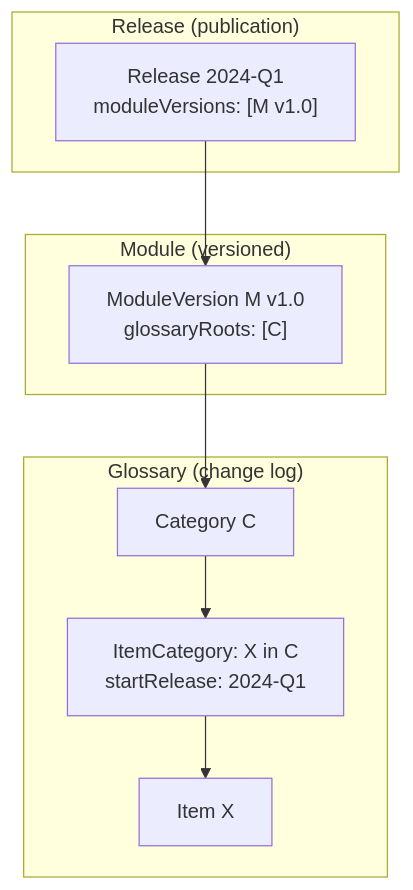
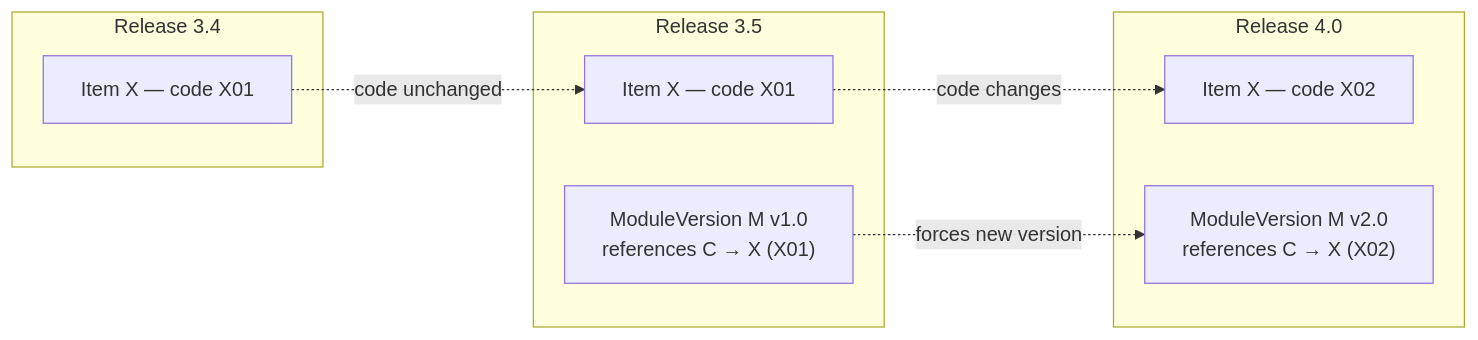
Before and after one commit to sdmx-twg/wp-sdmx-dpm: the fifth of 5 diagrams in docs/models-relationships/04_versioning_and_extensibility/01_versioning_overview.md, drawn with Mermaid. The commit also changed other lines of this file and 11 other files, not shown here.

````diff
--- a/docs/models-relationships/04_versioning_and_extensibility/01_versioning_overview.md
+++ b/docs/models-relationships/04_versioning_and_extensibility/01_versioning_overview.md
@@ -184,18 +200,17 @@
 ```mermaid
-flowchart TD
-    subgraph "Glossary (change log)"
-        C[Category C]
-        X[Item X]
-        Log["ItemCategory: X in C\nstartRelease: 2024-Q1"]
+flowchart LR
+    subgraph R34["Release 3.4"]
+        X34["Item X — code X01"]
     end
-    subgraph "Module (versioned)"
-        M["ModuleVersion M v1.0\nglossaryRoots: [C]"]
+    subgraph R35["Release 3.5"]
+        X35["Item X — code X01"]
+        M1["ModuleVersion M v1.0<br/>references C → X (X01)"]
     end
-    subgraph "Release (publication)"
-        R["Release 2024-Q1\nmoduleVersions: [M v1.0]"]
+    subgraph R40["Release 4.0"]
+        X40["Item X — code X02"]
+        M2["ModuleVersion M v2.0<br/>references C → X (X02)"]
     end
-    M --> C
-    R --> M
-    C --> Log
-    Log --> X
+    X34 -. code unchanged .-> X35
+    X35 -. code changes .-> X40
+    M1 -. forces new version .-> M2
 ```
````
